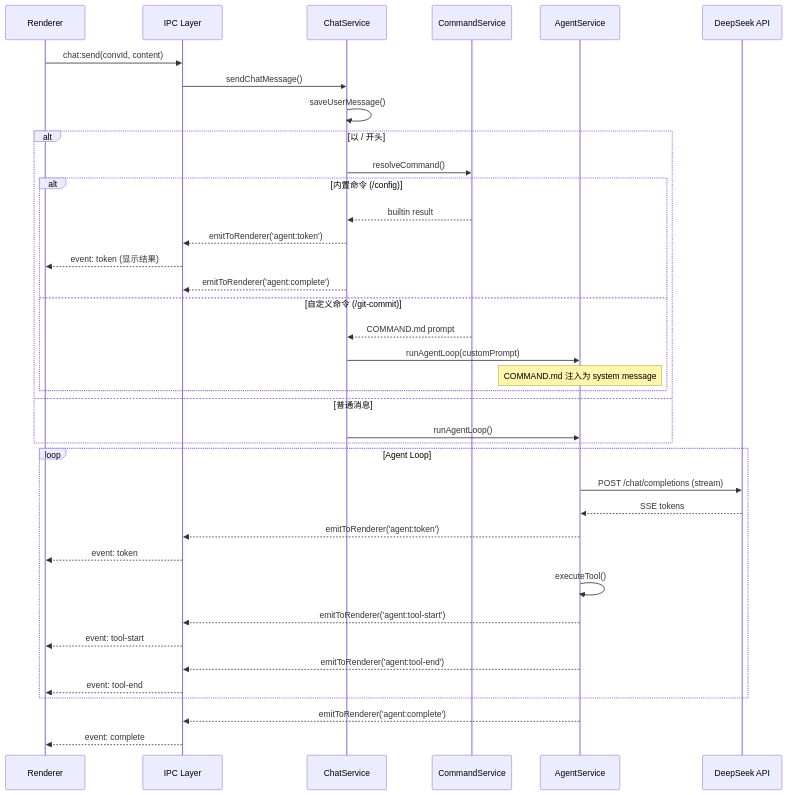
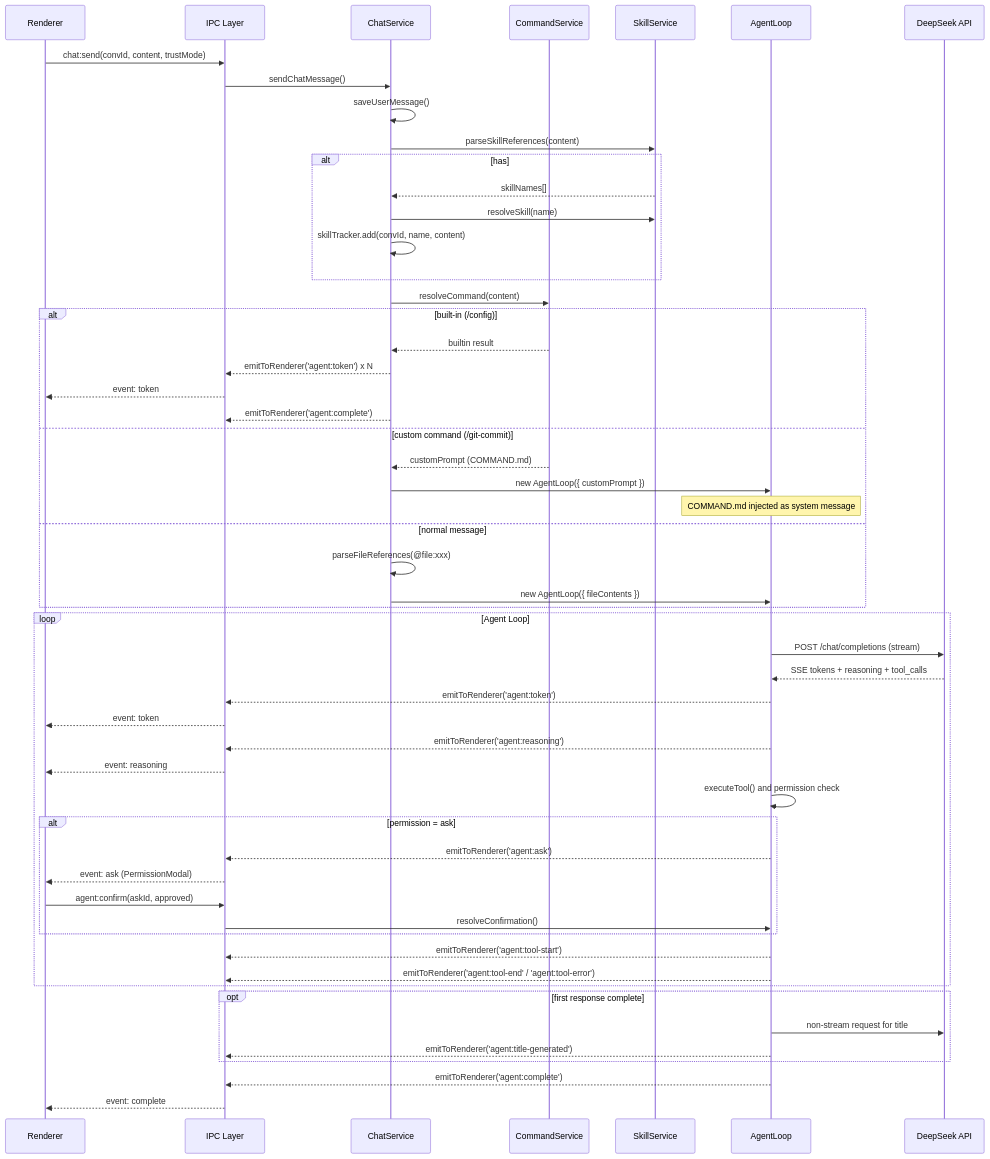
One commit to XieZehuai/my-coding-agent changed the second of 6 diagrams in docs/architecture.md. Above: the diagram before and after it, drawn with Mermaid. The commit also changed other lines of this file and 22 other files, not shown here.

````diff
--- a/docs/architecture.md
+++ b/docs/architecture.md
@@ -85,44 +101,62 @@
 ```mermaid
 sequenceDiagram
     participant R as Renderer
     participant IPC as IPC Layer
     participant CS as ChatService
     participant Cmd as CommandService
-    participant AS as AgentService
+    participant Skill as SkillService
+    participant AS as AgentLoop
     participant API as DeepSeek API
 
-    R->>IPC: chat:send(convId, content)
+    R->>IPC: chat:send(convId, content, trustMode)
     IPC->>CS: sendChatMessage()
     CS->>CS: saveUserMessage()
 
-    alt 以 / 开头
-        CS->>Cmd: resolveCommand()
-        alt 内置命令 (/config)
-            Cmd-->>CS: builtin result
-            CS-->>IPC: emitToRenderer('agent:token')
-            IPC-->>R: event: token (显示结果)
-            CS-->>IPC: emitToRenderer('agent:complete')
-        else 自定义命令 (/git-commit)
-            Cmd-->>CS: COMMAND.md prompt
-            CS->>AS: runAgentLoop(customPrompt)
-            Note over AS: COMMAND.md 注入为 system message
-        end
-    else 普通消息
-        CS->>AS: runAgentLoop()
+    CS->>Skill: parseSkillReferences(content)
+    alt has #skillname
+        Skill-->>CS: skillNames[]
+        CS->>Skill: resolveSkill(name)
+        CS->>CS: skillTracker.add(convId, name, content)
+    end
+
+    CS->>Cmd: resolveCommand(content)
+    alt built-in (/config)
+        Cmd-->>CS: builtin result
+        CS-->>IPC: emitToRenderer('agent:token') x N
+        IPC-->>R: event: token
+        CS-->>IPC: emitToRenderer('agent:complete')
+    else custom command (/git-commit)
+        Cmd-->>CS: customPrompt (COMMAND.md)
+        CS->>AS: new AgentLoop({ customPrompt })
+        Note over AS: COMMAND.md injected as system message
+    else normal message
+        CS->>CS: parseFileReferences(@file:xxx)
+        CS->>AS: new AgentLoop({ fileContents })
     end
 
     loop Agent Loop
         AS->>API: POST /chat/completions (stream)
-        API-->>AS: SSE tokens
+        API-->>AS: SSE tokens + reasoning + tool_calls
         AS-->>IPC: emitToRenderer('agent:token')
         IPC-->>R: event: token
-        AS->>AS: executeTool()
+        AS-->>IPC: emitToRenderer('agent:reasoning')
+        IPC-->>R: event: reasoning
+        AS->>AS: executeTool() and permission check
+        alt permission = ask
+            AS-->>IPC: emitToRenderer('agent:ask')
+            IPC-->>R: event: ask (PermissionModal)
+            R->>IPC: agent:confirm(askId, approved)
+            IPC->>AS: resolveConfirmation()
+        end
         AS-->>IPC: emitToRenderer('agent:tool-start')
-        IPC-->>R: event: tool-start
-        AS-->>IPC: emitToRenderer('agent:tool-end')
-        IPC-->>R: event: tool-end
+        AS-->>IPC: emitToRenderer('agent:tool-end' / 'agent:tool-error')
+    end
+
+    opt first response complete
+        AS->>API: non-stream request for title
+        AS-->>IPC: emitToRenderer('agent:title-generated')
     end
 
     AS-->>IPC: emitToRenderer('agent:complete')
     IPC-->>R: event: complete
 ```
````
